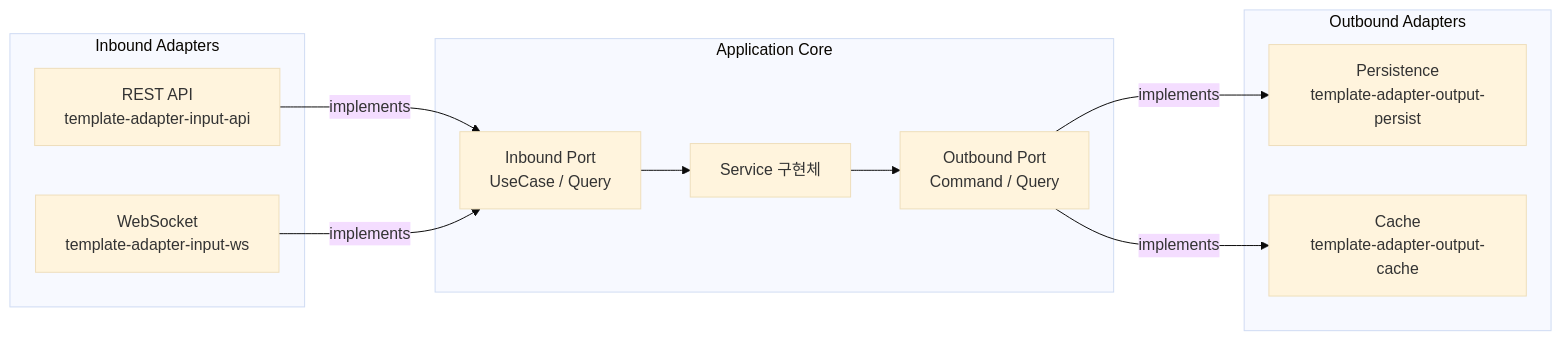
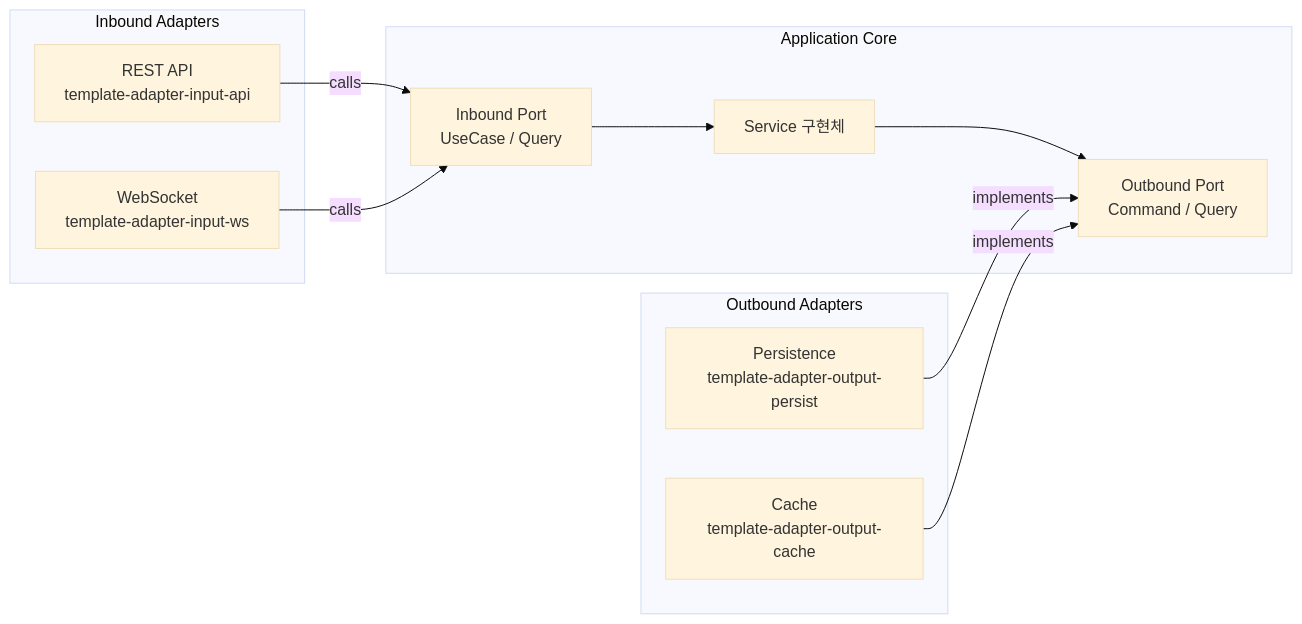
One commit to ppzxc/spring-vibe-boilerplate changed the second of 2 diagrams in README.md. Above: the diagram before and after it, drawn with Mermaid (base theme). The commit also changed 10 other files, not shown here.

````diff
--- a/README.md
+++ b/README.md
@@ -87,25 +87,25 @@
 ```mermaid
 graph LR
     subgraph Inbound Adapters
         A1[REST API\ntemplate-adapter-input-api]
         A2[WebSocket\ntemplate-adapter-input-ws]
     end
 
     subgraph Application Core
         P1[Inbound Port\n UseCase / Query]
         SVC[Service 구현체]
         P2[Outbound Port\n Command / Query]
     end
 
     subgraph Outbound Adapters
         O1[Persistence\ntemplate-adapter-output-persist]
         O2[Cache\ntemplate-adapter-output-cache]
     end
 
-    A1 -->|implements| P1
-    A2 -->|implements| P1
+    A1 -->|calls| P1
+    A2 -->|calls| P1
     P1 --> SVC
     SVC --> P2
-    P2 -->|implements| O1
-    P2 -->|implements| O2
+    O1 -->|implements| P2
+    O2 -->|implements| P2
 ```
````
